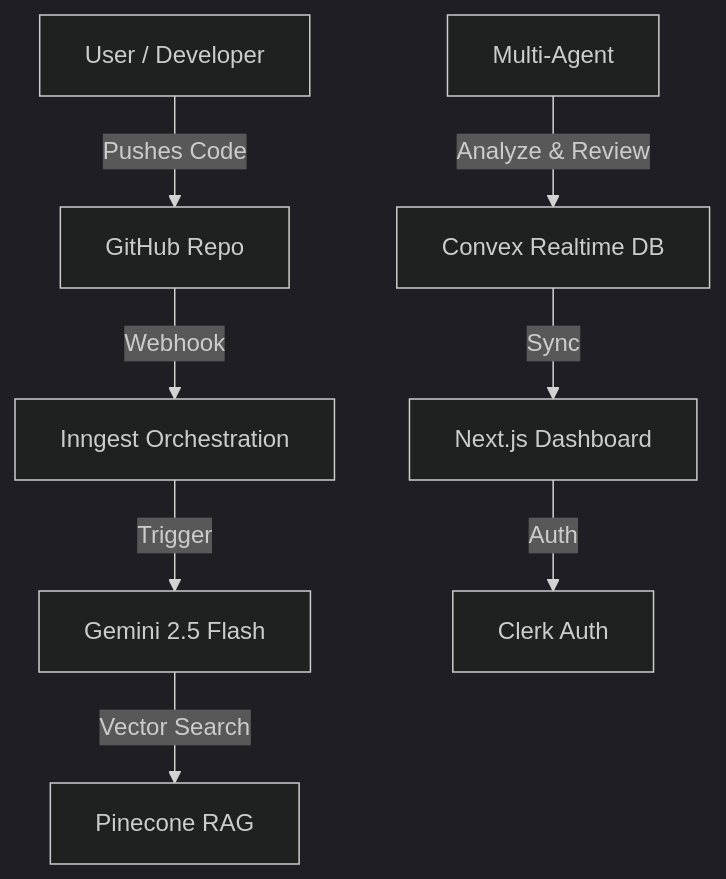
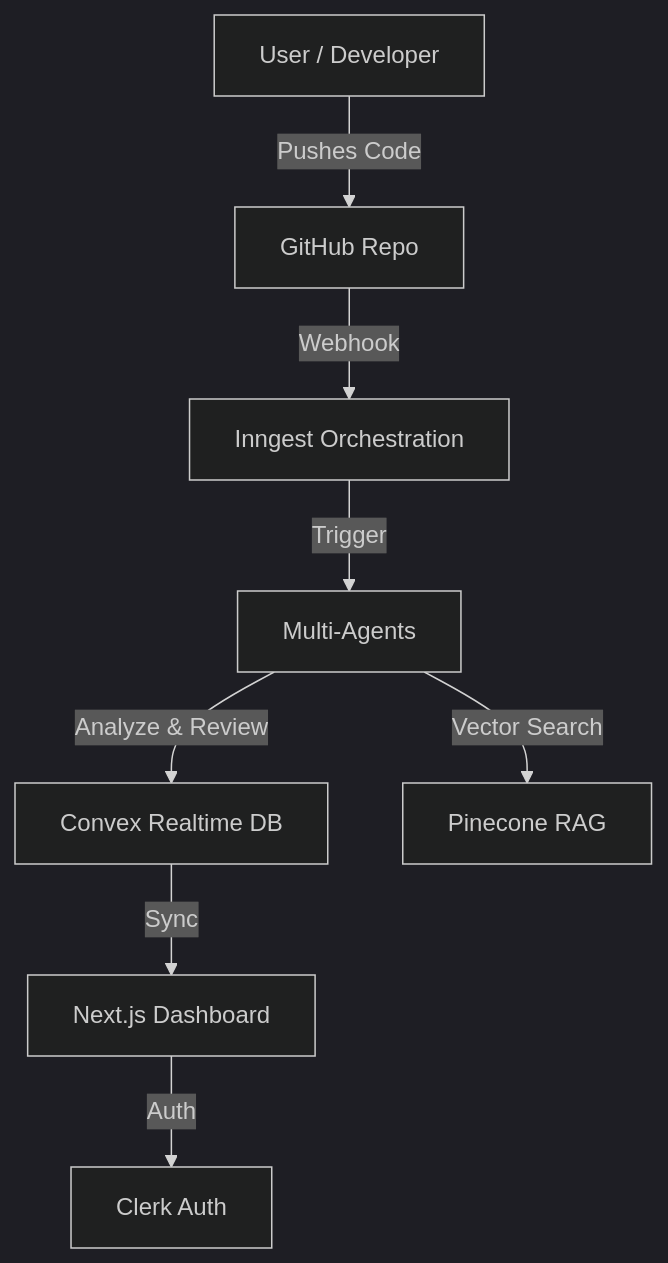
One commit to ronitrai27/rift-gitpilot changed the diagram in README.md. Above: the diagram before and after it, drawn with Mermaid (dark theme).

Commit message:
Update flow diagram in README.md

````diff
--- a/README.md
+++ b/README.md
@@ -70,10 +70,10 @@
 ```mermaid
 graph TD
     User[User / Developer] -->|Pushes Code| GitHub[GitHub Repo]
     GitHub -->|Webhook| Inngest[Inngest Orchestration]
-    Inngest -->|Trigger| Gemini[Gemini 2.5 Flash]
-    Multi-Agent -->|Analyze & Review| Convex[Convex Realtime DB]
+    Inngest -->|Trigger| Multi-Agents
+Multi-Agents -->|Analyze & Review| Convex[Convex Realtime DB]
     Convex -->|Sync| Dashboard[Next.js Dashboard]
     Dashboard -->|Auth| Clerk[Clerk Auth]
-    Gemini -->|Vector Search| Pinecone[Pinecone RAG]
+    Multi-Agents -->|Vector Search| Pinecone[Pinecone RAG]
 ```
````
